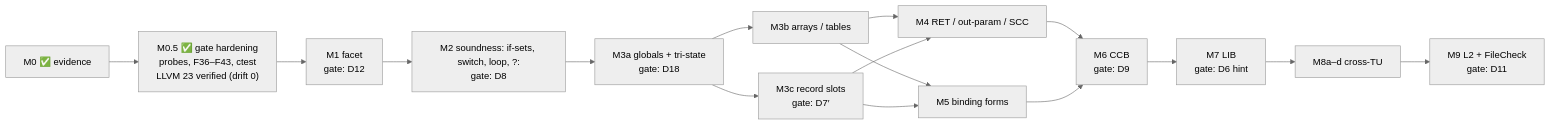
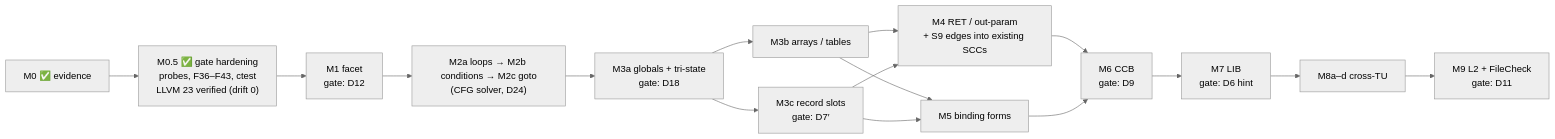
One commit to lama-cl/chp changed the third of 4 diagrams in design/fptr-extension/05-plan-review.md. Above: the diagram before and after it, drawn with Mermaid (neutral theme). The commit also changed other lines of this file and 11 other files, not shown here.

First line of the commit message:
fptr design rounds 3-4: existing engine model and CFG-based resolution

````diff
--- a/design/fptr-extension/05-plan-review.md
+++ b/design/fptr-extension/05-plan-review.md
@@ -120,18 +129,18 @@
 ```mermaid
 flowchart LR
   M0["M0 ✅ evidence"] --> M05["M0.5 ✅ gate hardening<br/>probes, F36–F43, ctest<br/>LLVM 23 verified (drift 0)"]
   M05 --> M1["M1 facet<br/>gate: D12"]
-  M1 --> M2["M2 soundness: if-sets, switch, loop, ?:<br/>gate: D8"]
+  M1 --> M2["M2a loops → M2b conditions → M2c goto<br/>(CFG solver, D24)"]
   M2 --> M3a["M3a globals + tri-state<br/>gate: D18"]
   M3a --> M3b["M3b arrays / tables"]
   M3a --> M3c["M3c record slots<br/>gate: D7′"]
-  M3b --> M4["M4 RET / out-param / SCC"]
+  M3b --> M4["M4 RET / out-param<br/>+ S9 edges into existing SCCs"]
   M3c --> M4
   M3b --> M5["M5 binding forms"]
   M3c --> M5
   M4 --> M6["M6 CCB<br/>gate: D9"]
   M5 --> M6
   M6 --> M7["M7 LIB<br/>gate: D6 hint"]
   M7 --> M8["M8a–d cross-TU"]
   M8 --> M9["M9 L2 + FileCheck<br/>gate: D11"]
 ```
````
